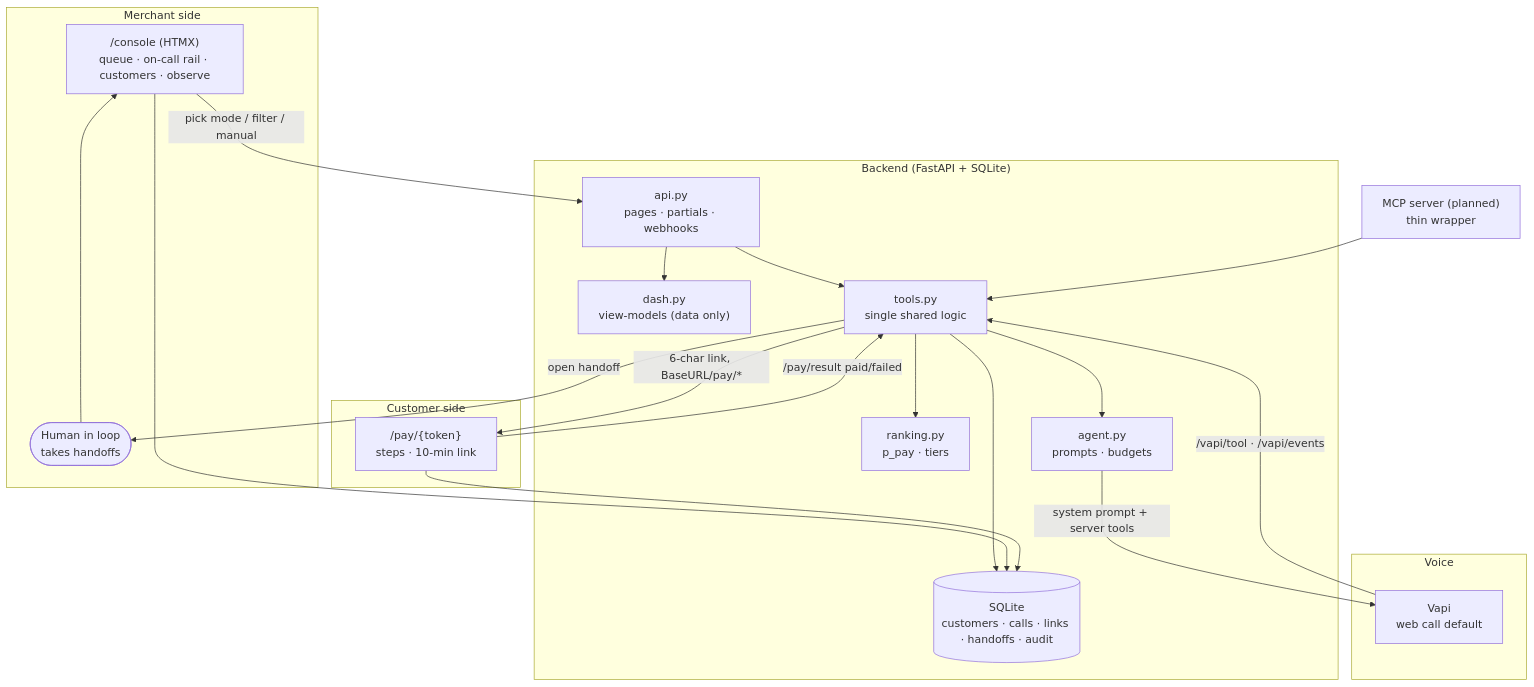
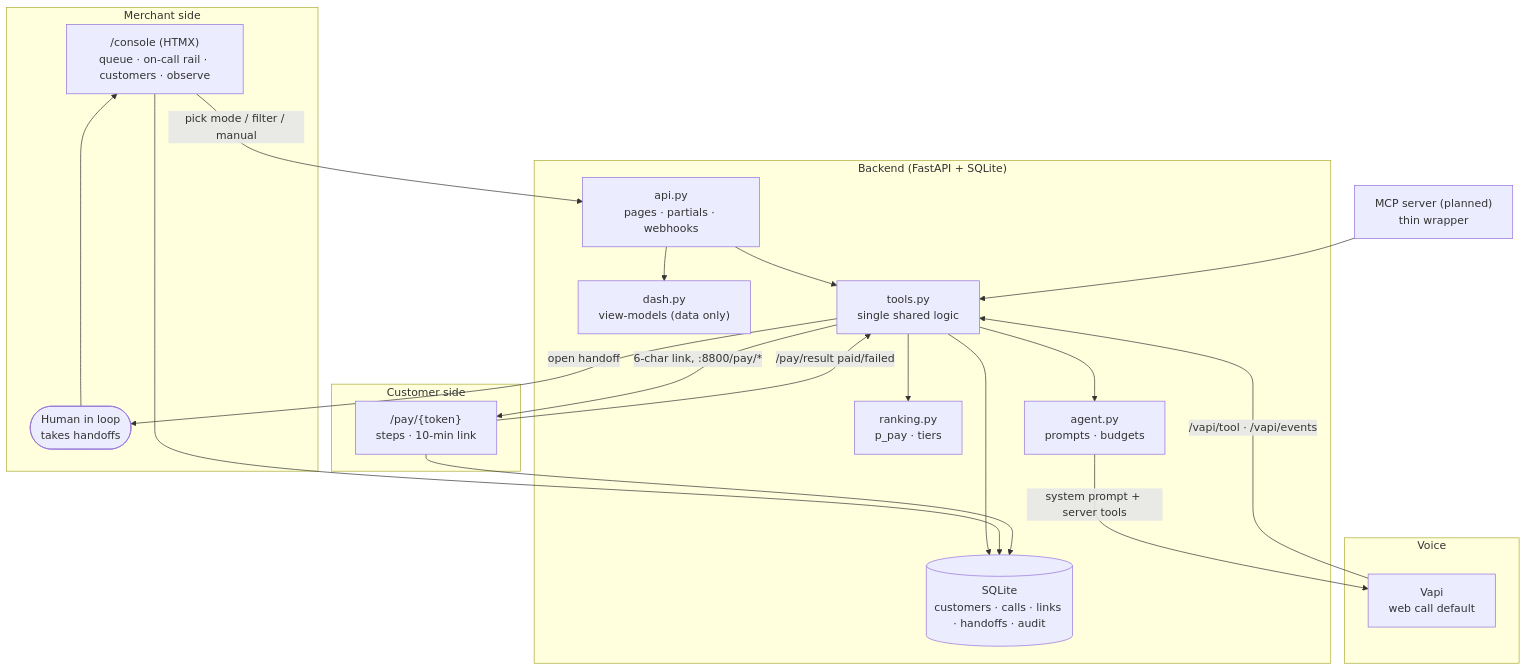
Before and after one commit to anjulbhatia/autopay_voice: the first of 2 diagrams in docs/architecture.md, drawn with Mermaid. The commit also changed other lines of this file and 19 other files, not shown here.

````diff
--- a/docs/architecture.md
+++ b/docs/architecture.md
@@ -3,37 +3,37 @@
 ```mermaid
 flowchart TB
     subgraph merchant["Merchant side"]
         console["/console (HTMX)\nqueue · on-call rail · customers · observe"]
         human(["Human in loop\ntakes handoffs"])
     end
     subgraph backend["Backend (FastAPI + SQLite)"]
         api["api.py\npages · partials · webhooks"]
         dash["dash.py\nview-models (data only)"]
         tools["tools.py\nsingle shared logic"]
         rank["ranking.py\np_pay · tiers"]
         agentm["agent.py\nprompts · budgets"]
         db[("SQLite\ncustomers · calls · links · handoffs · audit")]
     end
     subgraph voice["Voice"]
         vapi["Vapi\nweb call default"]
     end
     subgraph customer["Customer side"]
         page["/pay/{token}\nsteps · 10-min link"]
     end
 
     console -->|"pick mode / filter / manual"| api
     api --> dash
     api --> tools
     tools --> rank
     tools --> agentm
     agentm -->|"system prompt + server tools"| vapi
     vapi -->|"/vapi/tool · /vapi/events"| tools
     tools --> db
-    tools -->|"6-char link, BaseURL/pay/*"| page
+    tools -->|"6-char link, :8800/pay/*"| page
     page -->|"/pay/result paid/failed"| tools
     tools -->|"open handoff"| human
     human --> console
     mcp["MCP server (planned)\nthin wrapper"] --> tools
     console --> db
     page --> db
 ```
````
